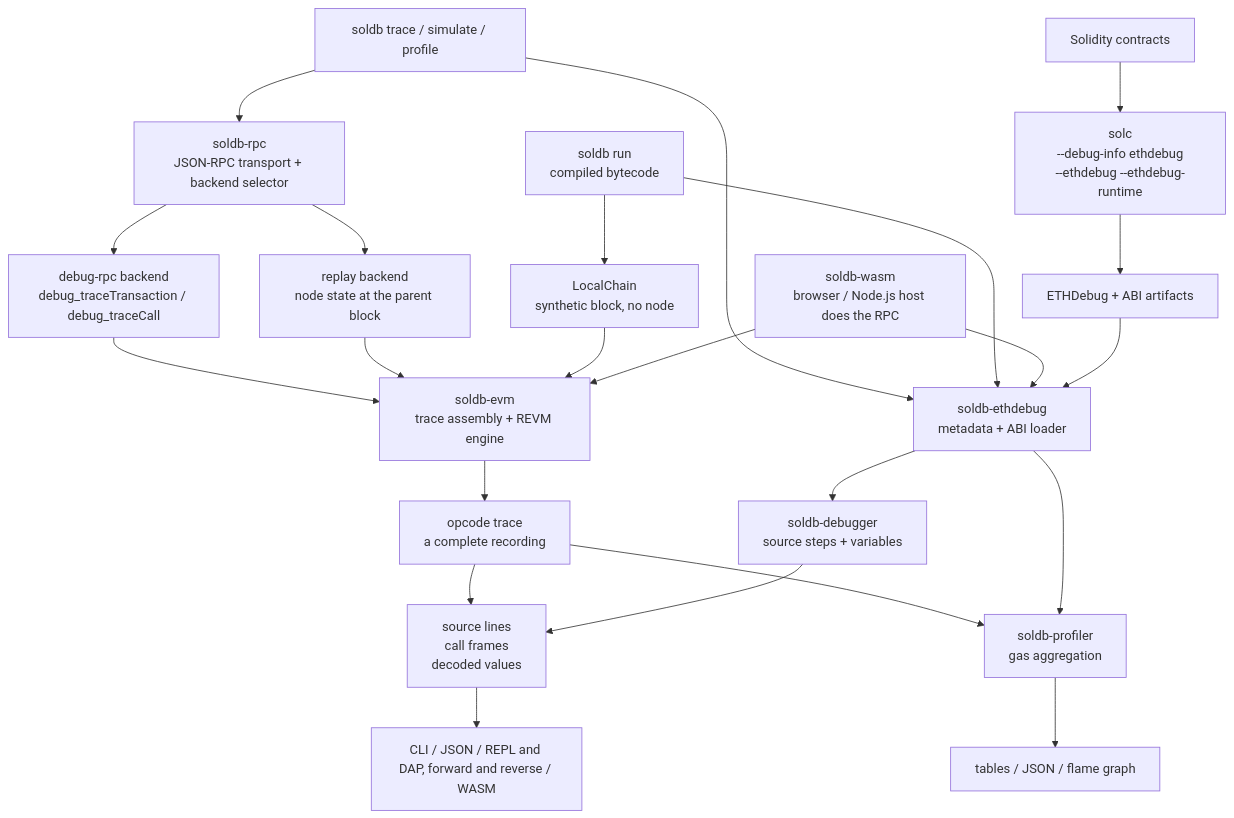
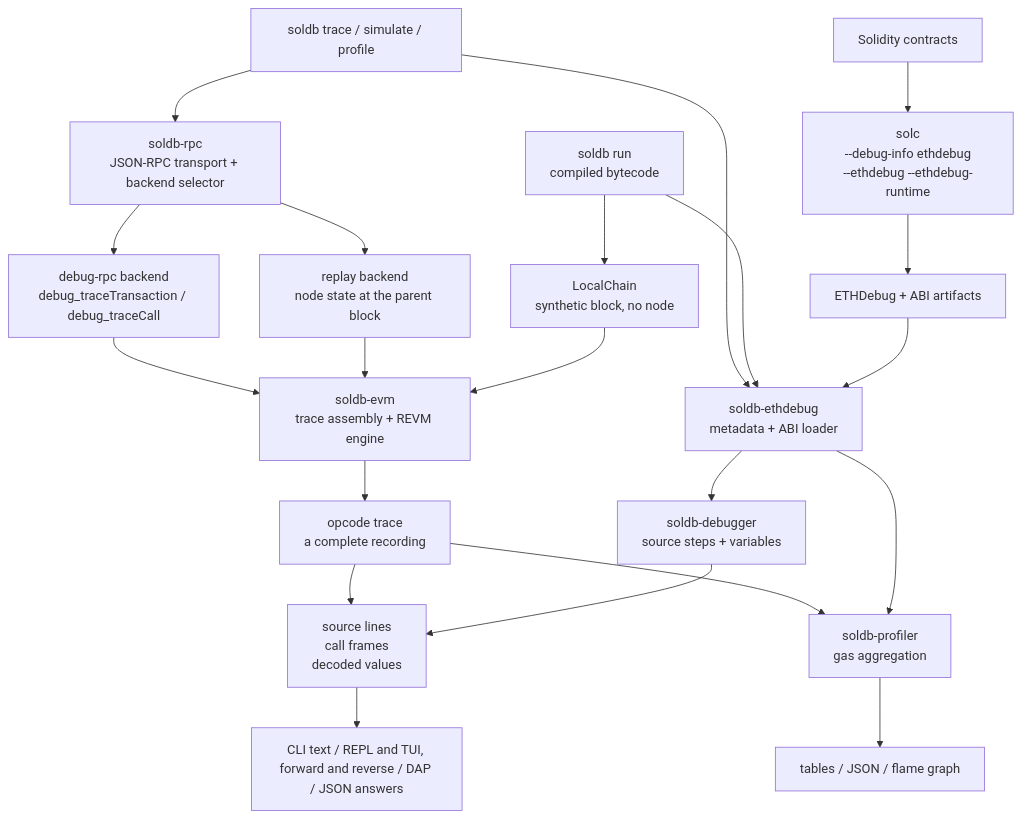
The diagram in README.md (walnuthq/soldb), drawn with Mermaid before and after one commit. The commit also changed other lines of this file and 50 other files, not shown here.

````diff
--- a/README.md
+++ b/README.md
@@ -351,28 +351,26 @@
 ```mermaid
 flowchart TD
     contracts["Solidity contracts"] --> solc["solc<br/>--debug-info ethdebug<br/>--ethdebug --ethdebug-runtime"]
     solc --> artifacts["ETHDebug + ABI artifacts"]
 
     cli["soldb trace / simulate / profile"] --> metadata["soldb-ethdebug<br/>metadata + ABI loader"]
     run["soldb run<br/>compiled bytecode"] --> metadata
-    wasm["soldb-wasm<br/>browser / Node.js host does the RPC"] --> metadata
     artifacts --> metadata
 
     cli --> selector["soldb-rpc<br/>JSON-RPC transport + backend selector"]
     selector --> debug_rpc["debug-rpc backend<br/>debug_traceTransaction / debug_traceCall"]
     selector --> replay["replay backend<br/>node state at the parent block"]
     run --> local["LocalChain<br/>synthetic block, no node"]
 
     debug_rpc --> engine["soldb-evm<br/>trace assembly + REVM engine"]
     replay --> engine
     local --> engine
-    wasm --> engine
     engine --> opcode_trace["opcode trace<br/>a complete recording"]
     metadata --> debugger["soldb-debugger<br/>source steps + variables"]
     opcode_trace --> enriched
     debugger --> enriched["source lines<br/>call frames<br/>decoded values"]
-    enriched --> outputs["CLI / JSON / REPL and DAP, forward and reverse / WASM"]
+    enriched --> outputs["CLI text / REPL and TUI, forward and reverse / DAP / JSON answers"]
     opcode_trace --> profiler["soldb-profiler<br/>gas aggregation"]
     metadata --> profiler
     profiler --> profile_outputs["tables / JSON / flame graph"]
 ```
````
